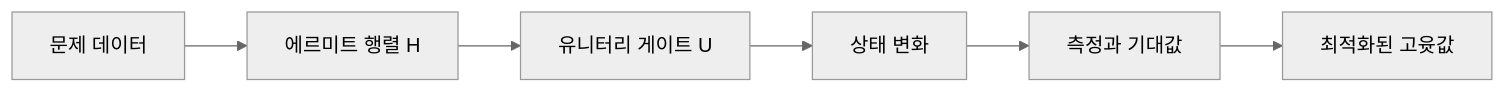
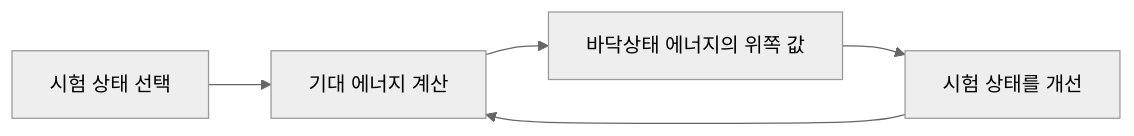
The diagram in ComputerScience/03_ai-ml-data/quantum-lecture/notes/03. 양자컴퓨팅을 위한 물리 및 선형대수.md (umyunsang/edu), drawn with Mermaid (neutral theme) before and after one commit. The commit also changed other lines of this file and 1 other file, not shown here.

````diff
--- a/ComputerScience/03_ai-ml-data/quantum-lecture/notes/03. 양자컴퓨팅을 위한 물리 및 선형대수.md
+++ b/ComputerScience/03_ai-ml-data/quantum-lecture/notes/03. 양자컴퓨팅을 위한 물리 및 선형대수.md
@@ -31,8 +184,7 @@
 ```mermaid
 flowchart LR
-  A["문제 데이터"] --> B["에르미트 행렬 H"]
-  B --> C["유니터리 게이트 U"]
-  C --> D["상태 변화"]
-  D --> E["측정과 기대값"]
-  E --> F["최적화된 고윳값"]
+    T["시험 상태 선택"] --> E["기대 에너지 계산"]
+    E --> B["바닥상태 에너지의 위쪽 값"]
+    B --> U["시험 상태를 개선"]
+    U --> E
 ```
````
